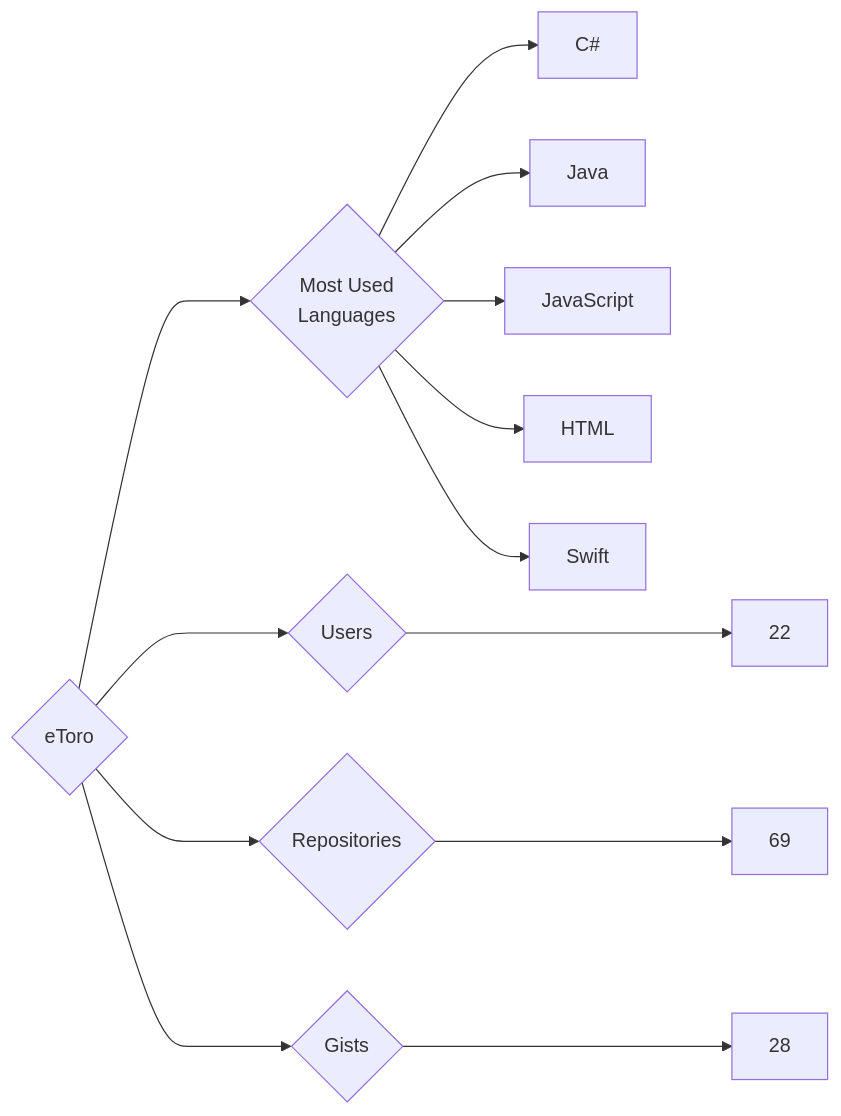
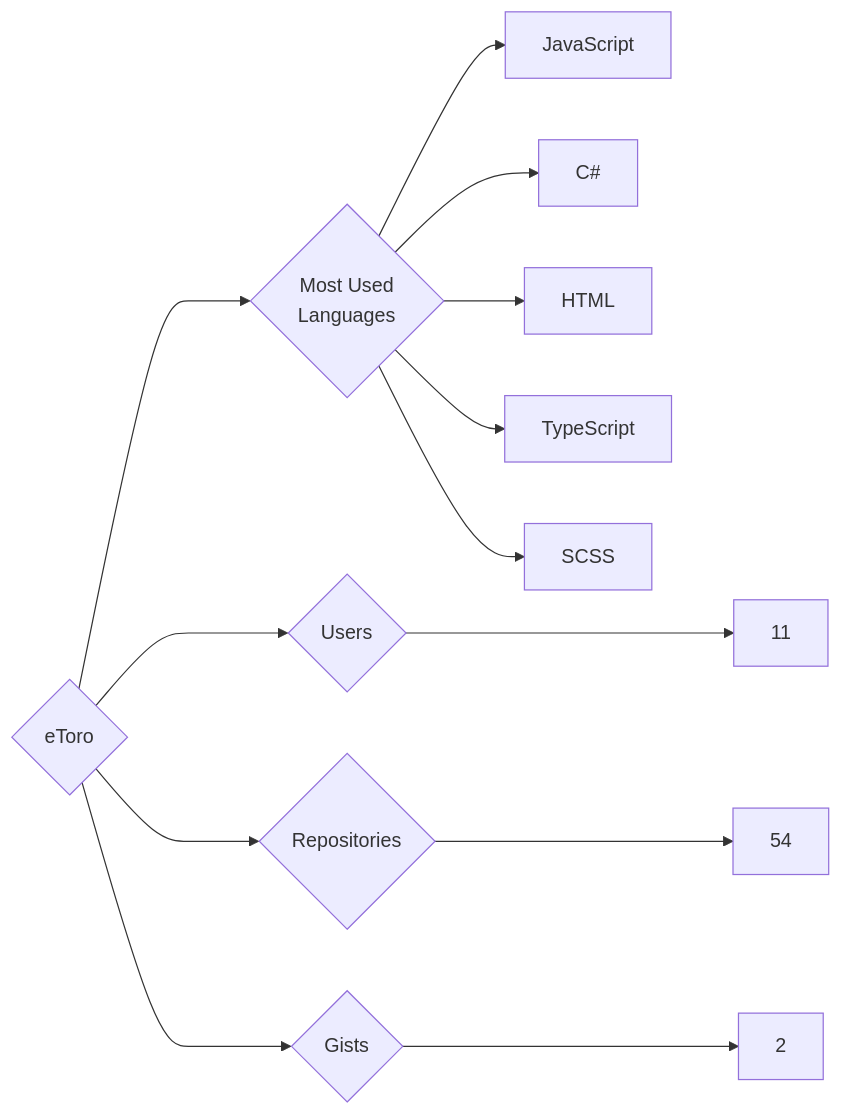
One commit to trickest/insiders changed the diagram in targets/eToro/README.md. Above: the diagram before and after it, drawn with Mermaid. The commit also changed 681 other files, not shown here.

````diff
--- a/targets/eToro/README.md
+++ b/targets/eToro/README.md
@@ -3,13 +3,13 @@
 ```mermaid
 graph LR
 COMPANY_NAME{eToro}
-COMPANY_NAME ---> U{Users} ---> UN[22]
-COMPANY_NAME ---> R{Repositories} ---> RN[69]
-COMPANY_NAME ---> G{Gists} ---> GN[28]
+COMPANY_NAME ---> U{Users} ---> UN[11]
+COMPANY_NAME ---> R{Repositories} ---> RN[54]
+COMPANY_NAME ---> G{Gists} ---> GN[2]
 COMPANY_NAME ---> ML{Most Used<br>Languages}
+ML --> JavaScript[JavaScript]
 ML --> C#[C#]
-ML --> Java[Java]
-ML --> JavaScript[JavaScript]
 ML --> HTML[HTML]
-ML --> Swift[Swift]
+ML --> TypeScript[TypeScript]
+ML --> SCSS[SCSS]
 ```
````
